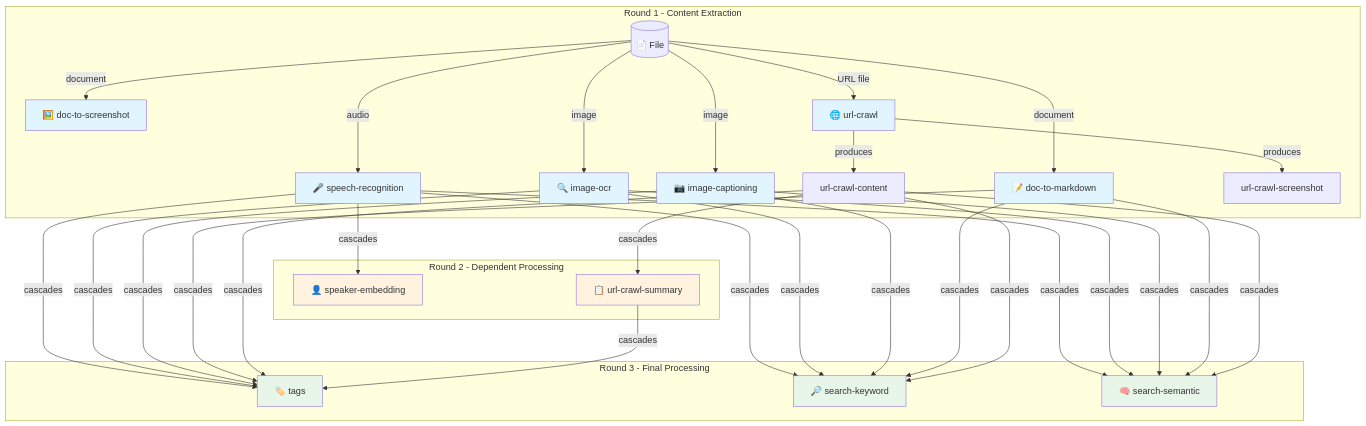
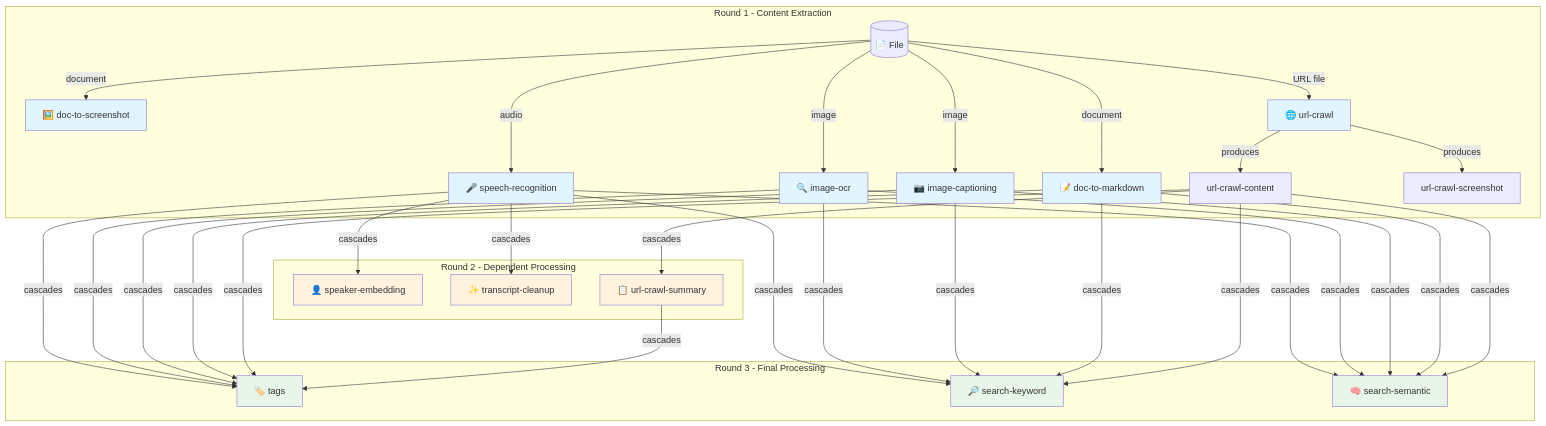
Before and after one commit to xiaoyuanzhu-com/my-life-db: the diagram in docs/digest.md, drawn with Mermaid. The commit also changed other lines of this file and 3 other files, not shown here.

First line of the commit message:
feat: add transcript-cleanup digester

````diff
--- a/docs/digest.md
+++ b/docs/digest.md
@@ -400,56 +410,58 @@
 ```mermaid
 flowchart TD
     subgraph "Round 1 - Content Extraction"
         FILE[("📄 File")]
 
         FILE --> |"audio"| SR["🎤 speech-recognition"]
         FILE --> |"image"| IO["🔍 image-ocr"]
         FILE --> |"image"| IC["📷 image-captioning"]
         FILE --> |"document"| DTM["📝 doc-to-markdown"]
         FILE --> |"document"| DTS["🖼️ doc-to-screenshot"]
         FILE --> |"URL file"| UC["🌐 url-crawl"]
 
         UC --> |"produces"| UCC["url-crawl-content"]
         UC --> |"produces"| UCSS["url-crawl-screenshot"]
     end
 
     subgraph "Round 2 - Dependent Processing"
         SR --> |"cascades"| SE["👤 speaker-embedding"]
+        SR --> |"cascades"| TC["✨ transcript-cleanup"]
         UCC --> |"cascades"| UCSUM["📋 url-crawl-summary"]
     end
 
     subgraph "Round 3 - Final Processing"
         SR --> |"cascades"| TAGS["🏷️ tags"]
         IO --> |"cascades"| TAGS
         IC --> |"cascades"| TAGS
         DTM --> |"cascades"| TAGS
         UCC --> |"cascades"| TAGS
         UCSUM --> |"cascades"| TAGS
 
         SR --> |"cascades"| SK["🔎 search-keyword"]
         IO --> |"cascades"| SK
         IC --> |"cascades"| SK
         DTM --> |"cascades"| SK
         UCC --> |"cascades"| SK
 
         SR --> |"cascades"| SS["🧠 search-semantic"]
         IO --> |"cascades"| SS
         IC --> |"cascades"| SS
         DTM --> |"cascades"| SS
         UCC --> |"cascades"| SS
     end
 
     style SR fill:#e1f5fe
     style IO fill:#e1f5fe
     style IC fill:#e1f5fe
     style DTM fill:#e1f5fe
     style DTS fill:#e1f5fe
     style UC fill:#e1f5fe
 
     style SE fill:#fff3e0
+    style TC fill:#fff3e0
     style UCSUM fill:#fff3e0
 
     style TAGS fill:#e8f5e9
     style SK fill:#e8f5e9
     style SS fill:#e8f5e9
 ```
````
